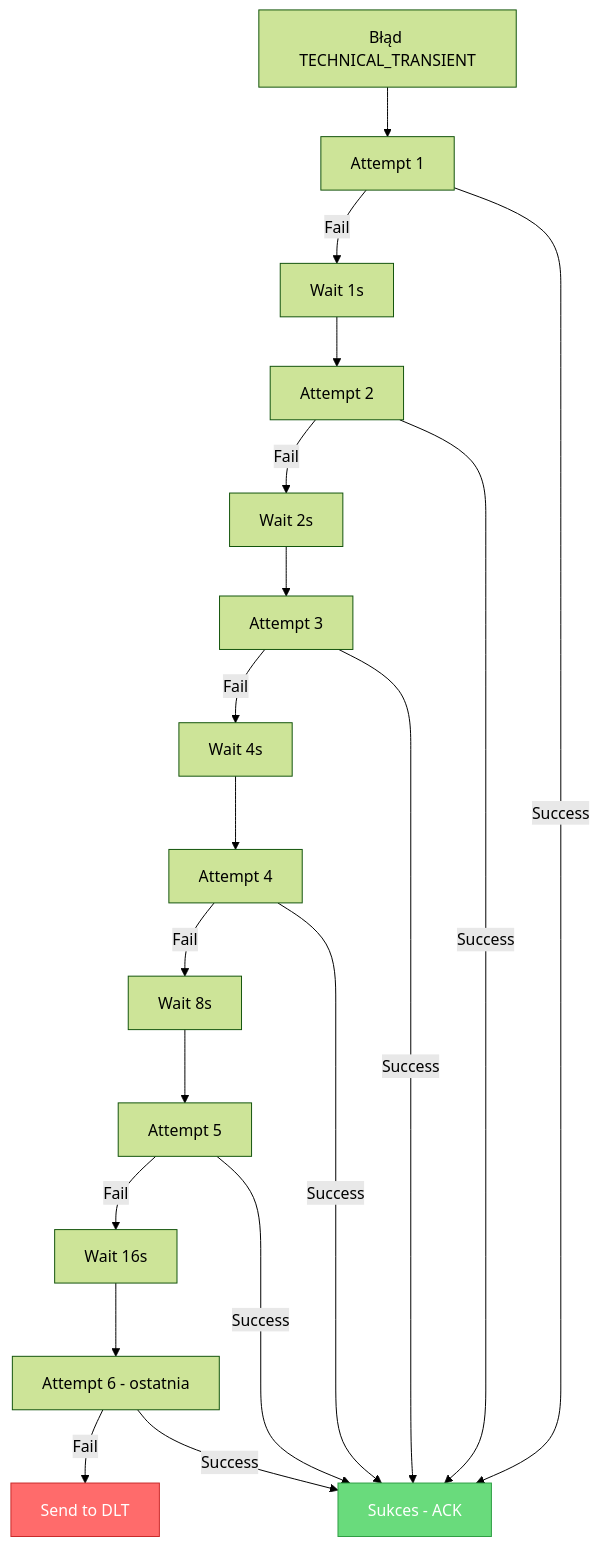
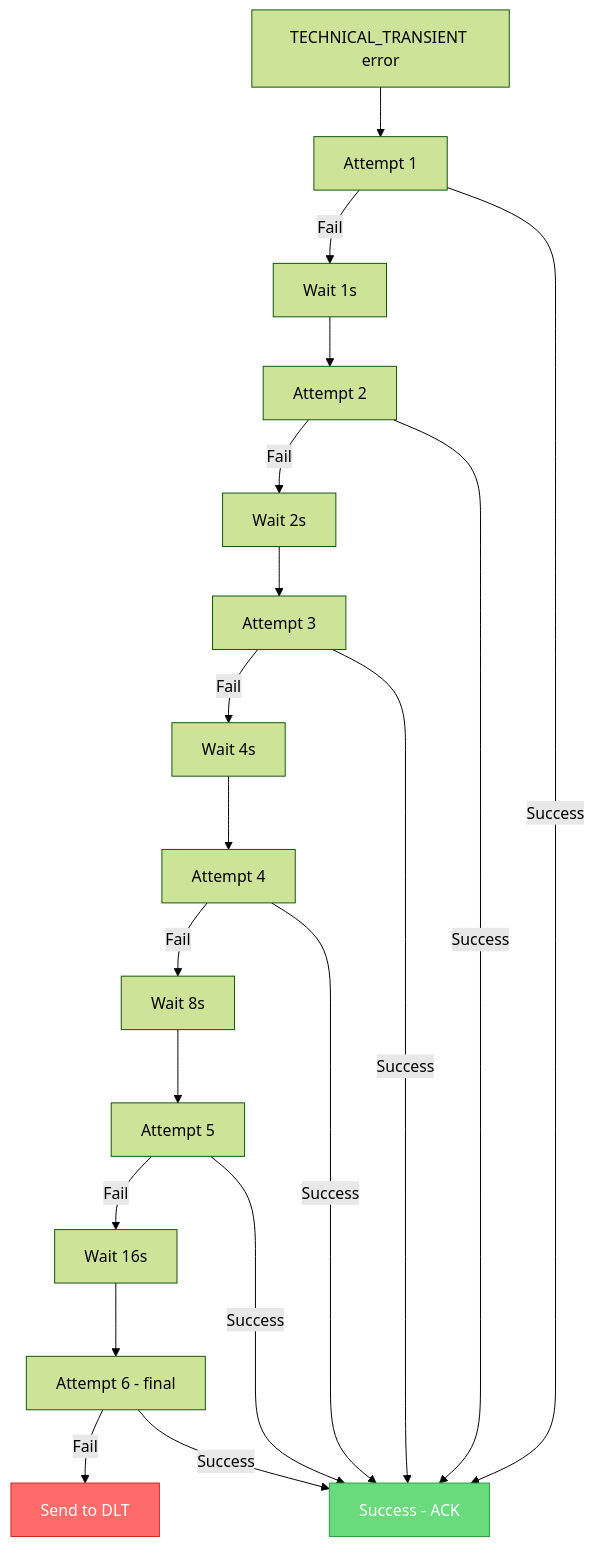
One commit to kmpol/banking-sysyem-kafka changed the third of 5 diagrams in docs/error-dlt-flow.md. Above: the diagram before and after it, drawn with Mermaid (forest theme). The commit also changed other lines of this file and 1 other file, not shown here.

First line of the commit message:
Translate flow diagrams to English

````diff
--- a/docs/error-dlt-flow.md
+++ b/docs/error-dlt-flow.md
@@ -148,20 +148,20 @@
 ```mermaid
 flowchart TD
-    START[Błąd TECHNICAL_TRANSIENT] --> A1[Attempt 1]
+    START[TECHNICAL_TRANSIENT error] --> A1[Attempt 1]
     A1 -->|Fail| W1[Wait 1s]
     W1 --> A2[Attempt 2]
     A2 -->|Fail| W2[Wait 2s]
     W2 --> A3[Attempt 3]
     A3 -->|Fail| W3[Wait 4s]
     W3 --> A4[Attempt 4]
     A4 -->|Fail| W4[Wait 8s]
     W4 --> A5[Attempt 5]
     A5 -->|Fail| W5[Wait 16s]
-    W5 --> A6[Attempt 6 - ostatnia]
+    W5 --> A6[Attempt 6 - final]
     A6 -->|Fail| DLT[Send to DLT]
 
-    A1 & A2 & A3 & A4 & A5 & A6 -->|Success| OK[Sukces - ACK]
+    A1 & A2 & A3 & A4 & A5 & A6 -->|Success| OK[Success - ACK]
 
     style DLT fill:#ff6b6b,stroke:#c92a2a,color:#fff
     style OK fill:#69db7c,stroke:#2f9e44,color:#fff
 ```
````
